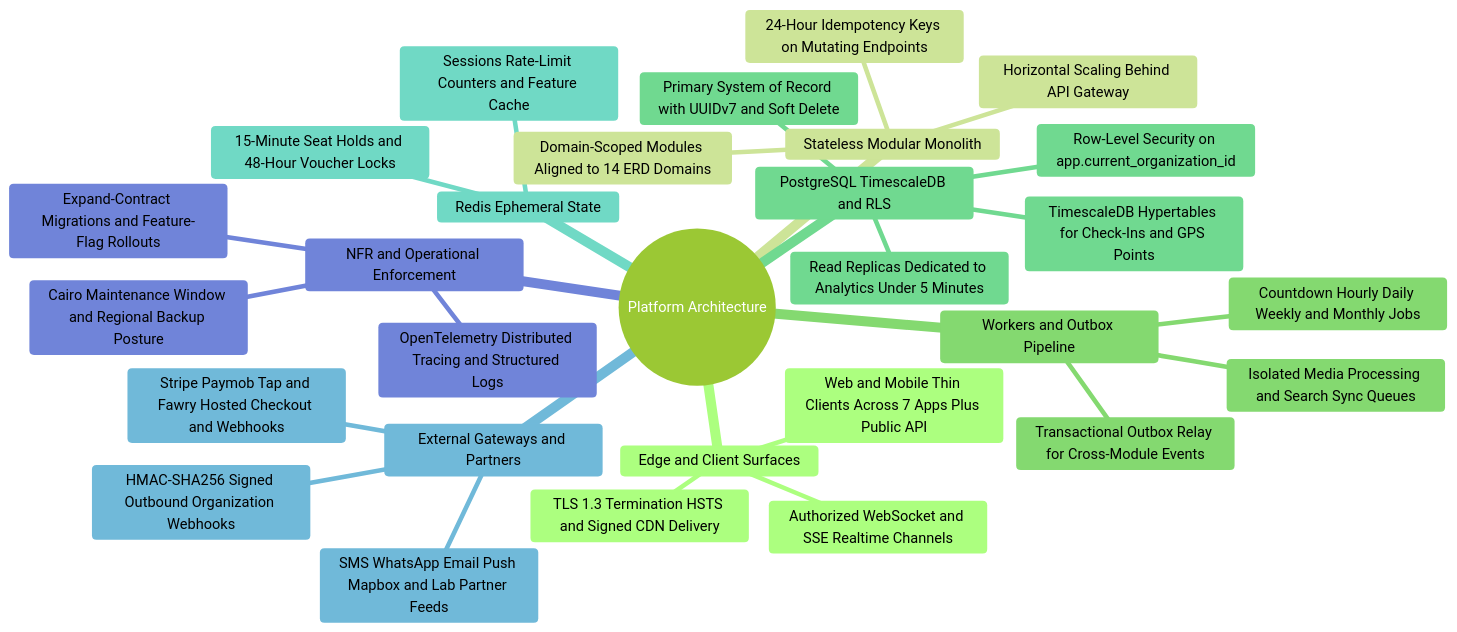
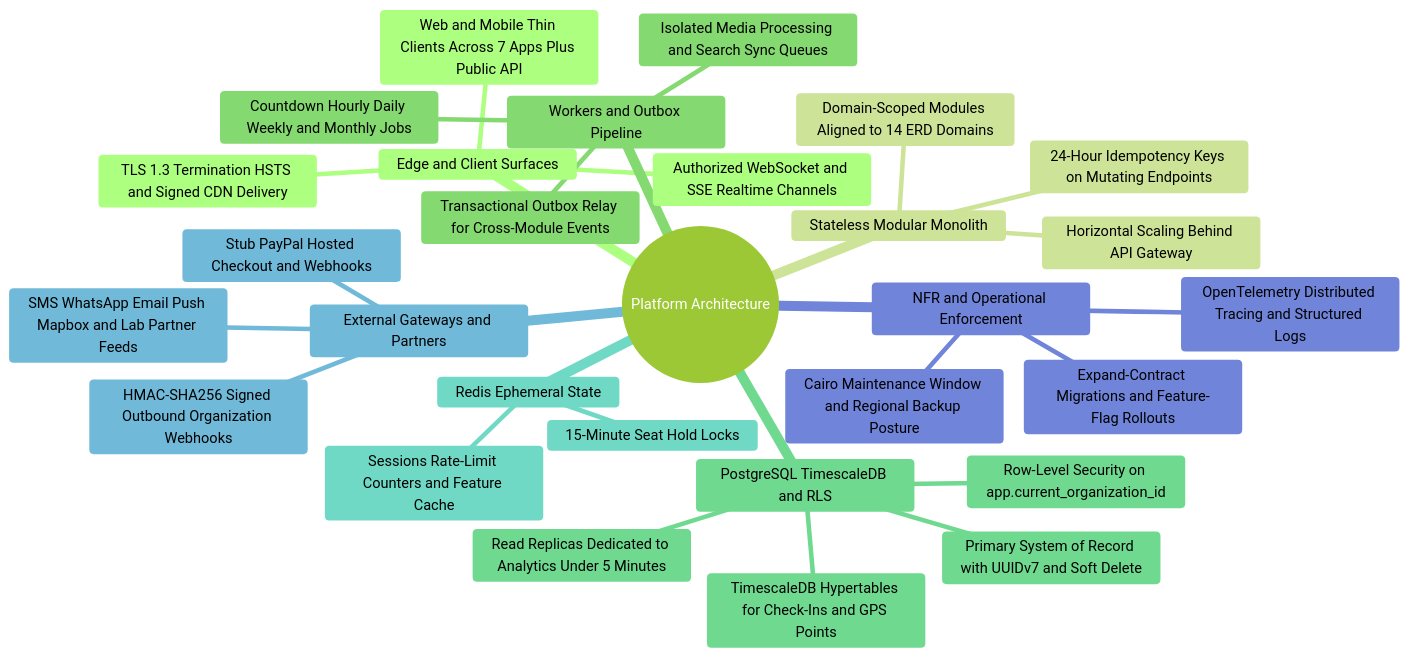
Before and after one commit to mohamedhabibwork/trips-enjoy-docs: the first of 2 diagrams in content/docs/architecture/index.mdx, drawn with Mermaid (forest theme). The commit also changed other lines of this file and 117 other files, not shown here.

````diff
--- a/content/docs/architecture/index.mdx
+++ b/content/docs/architecture/index.mdx
@@ -76,32 +76,32 @@
 ```mermaid
 mindmap
   root(("Platform Architecture"))
     Edge and Client Surfaces
       TLS 1.3 Termination HSTS and Signed CDN Delivery
       Web and Mobile Thin Clients Across 7 Apps Plus Public API
       Authorized WebSocket and SSE Realtime Channels
     Stateless Modular Monolith
       Domain-Scoped Modules Aligned to 14 ERD Domains
       Horizontal Scaling Behind API Gateway
       24-Hour Idempotency Keys on Mutating Endpoints
     Workers and Outbox Pipeline
       Transactional Outbox Relay for Cross-Module Events
       Countdown Hourly Daily Weekly and Monthly Jobs
       Isolated Media Processing and Search Sync Queues
     PostgreSQL TimescaleDB and RLS
       Primary System of Record with UUIDv7 and Soft Delete
       Row-Level Security on app.current_organization_id
       TimescaleDB Hypertables for Check-Ins and GPS Points
       Read Replicas Dedicated to Analytics Under 5 Minutes
     Redis Ephemeral State
       Sessions Rate-Limit Counters and Feature Cache
-      15-Minute Seat Holds and 48-Hour Voucher Locks
+      15-Minute Seat Hold Locks
     External Gateways and Partners
-      Stripe Paymob Tap and Fawry Hosted Checkout and Webhooks
+      Stub PayPal Hosted Checkout and Webhooks
       SMS WhatsApp Email Push Mapbox and Lab Partner Feeds
       HMAC-SHA256 Signed Outbound Organization Webhooks
     NFR and Operational Enforcement
       Expand-Contract Migrations and Feature-Flag Rollouts
       OpenTelemetry Distributed Tracing and Structured Logs
       Cairo Maintenance Window and Regional Backup Posture
 ```
````
